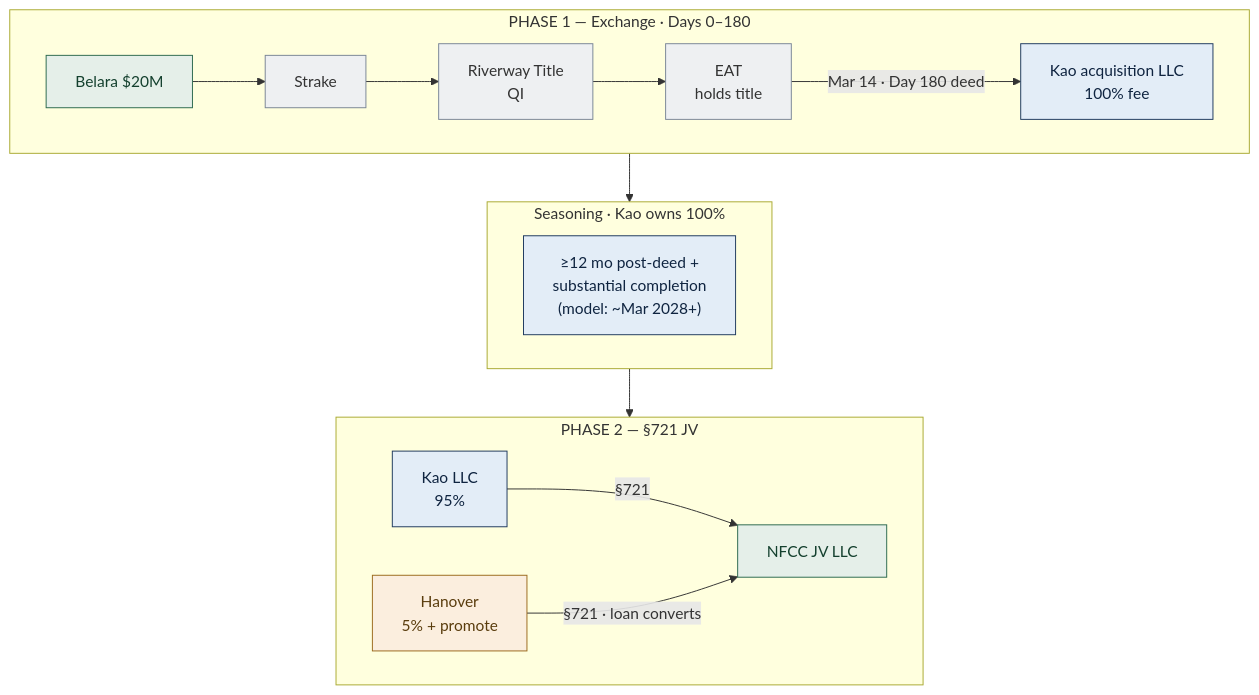
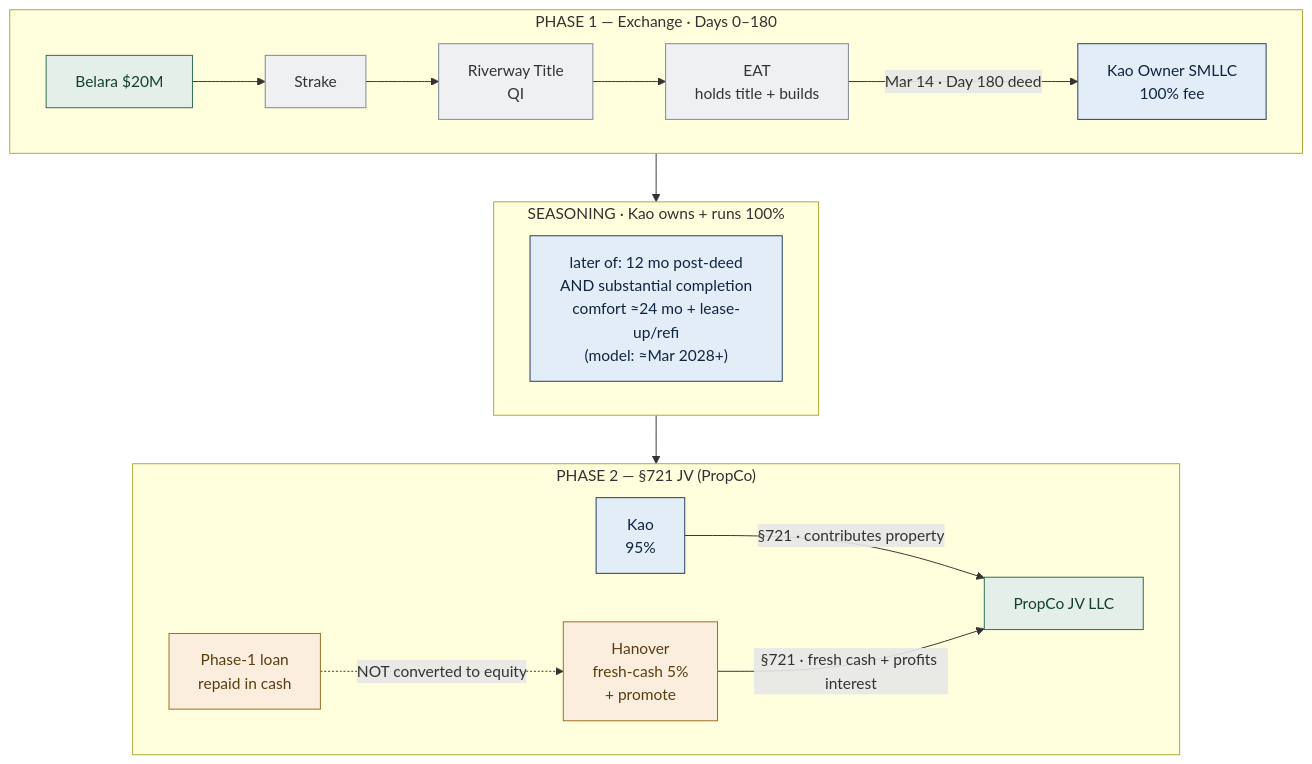
One commit to EthanCow/North-Forsyth-1031-Diagrams changed the first of 10 diagrams in North_Forsyth_1031_Diagrams.md. Above: the diagram before and after it, drawn with Mermaid. The commit also changed other lines of this file and 7 other files, not shown here.

````diff
--- a/North_Forsyth_1031_Diagrams.md
+++ b/North_Forsyth_1031_Diagrams.md
@@ -56,28 +124,30 @@
 ```mermaid
 flowchart TB
   subgraph P1["PHASE 1 — Exchange · Days 0–180"]
     Belara["Belara $20M"]:::asset
     SK["Strake"]:::neutral
     QI["Riverway Title\nQI"]:::neutral
-    EAT["EAT\nholds title"]:::neutral
-    KLLC["Kao acquisition LLC\n100% fee"]:::kao
+    EAT["EAT\nholds title + builds"]:::neutral
+    KLLC["Kao Owner SMLLC\n100% fee"]:::kao
     Belara --> SK --> QI
     QI --> EAT
     EAT -->|"Mar 14 · Day 180 deed"| KLLC
   end
-  subgraph GAP["Seasoning · Kao owns 100%"]
-    G["≥12 mo post-deed +\nsubstantial completion\n(model: ~Mar 2028+)"]:::kao
+  subgraph GAP["SEASONING · Kao owns + runs 100%"]
+    G["later of: 12 mo post-deed\nAND substantial completion\ncomfort ≈24 mo + lease-up/refi\n(model: ≈Mar 2028+)"]:::kao
   end
-  subgraph P2["PHASE 2 — §721 JV"]
-    K2["Kao LLC\n95%"]:::kao
-    H["Hanover\n5% + promote"]:::han
-    JV["NFCC JV LLC"]:::asset
-    K2 -->|"§721"| JV
-    H -->|"§721 · loan converts"| JV
+  subgraph P2["PHASE 2 — §721 JV (PropCo)"]
+    K2["Kao\n95%"]:::kao
+    H["Hanover\nfresh-cash 5%\n+ promote"]:::han
+    HL["Phase-1 loan\nrepaid in cash"]:::han
+    JV["PropCo JV LLC"]:::asset
+    K2 -->|"§721 · contributes property"| JV
+    H -->|"§721 · fresh cash + profits interest"| JV
+    HL -.->|"NOT converted to equity"| H
   end
   P1 --> GAP --> P2
   classDef kao fill:#e3edf7,stroke:#1f3a5f,color:#0f2440;
   classDef han fill:#fbeede,stroke:#9c6b1e,color:#5a3d0e;
   classDef neutral fill:#eef0f2,stroke:#7a8696,color:#333;
   classDef asset fill:#e5efe9,stroke:#2d6a4f,color:#14402e;
 ```
````
